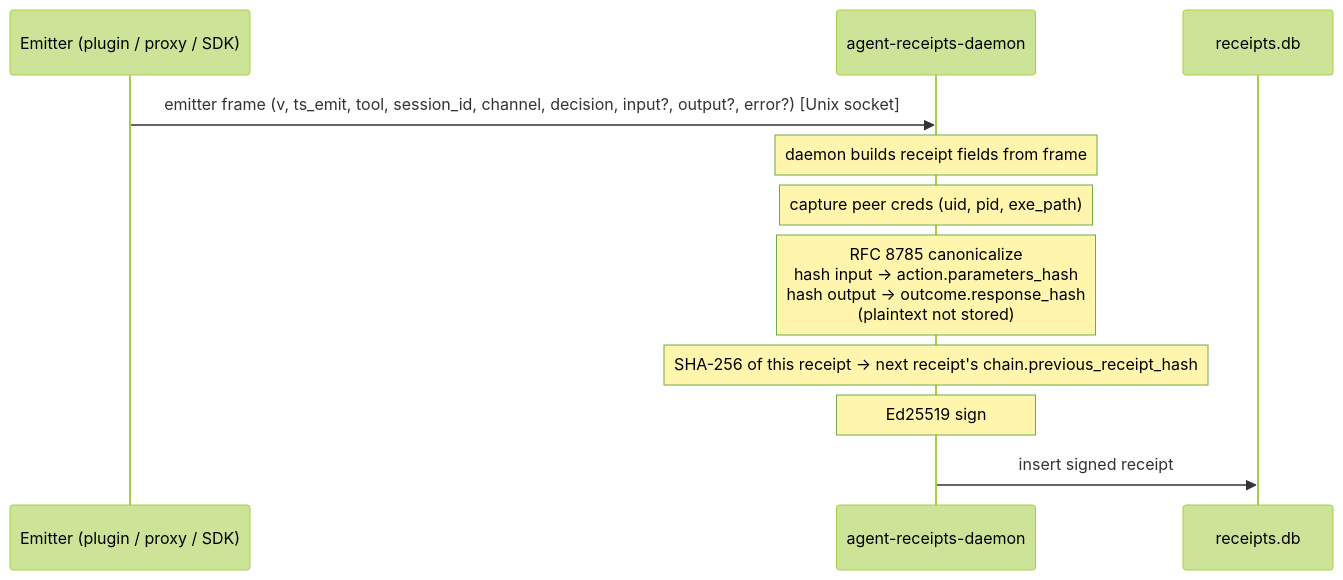
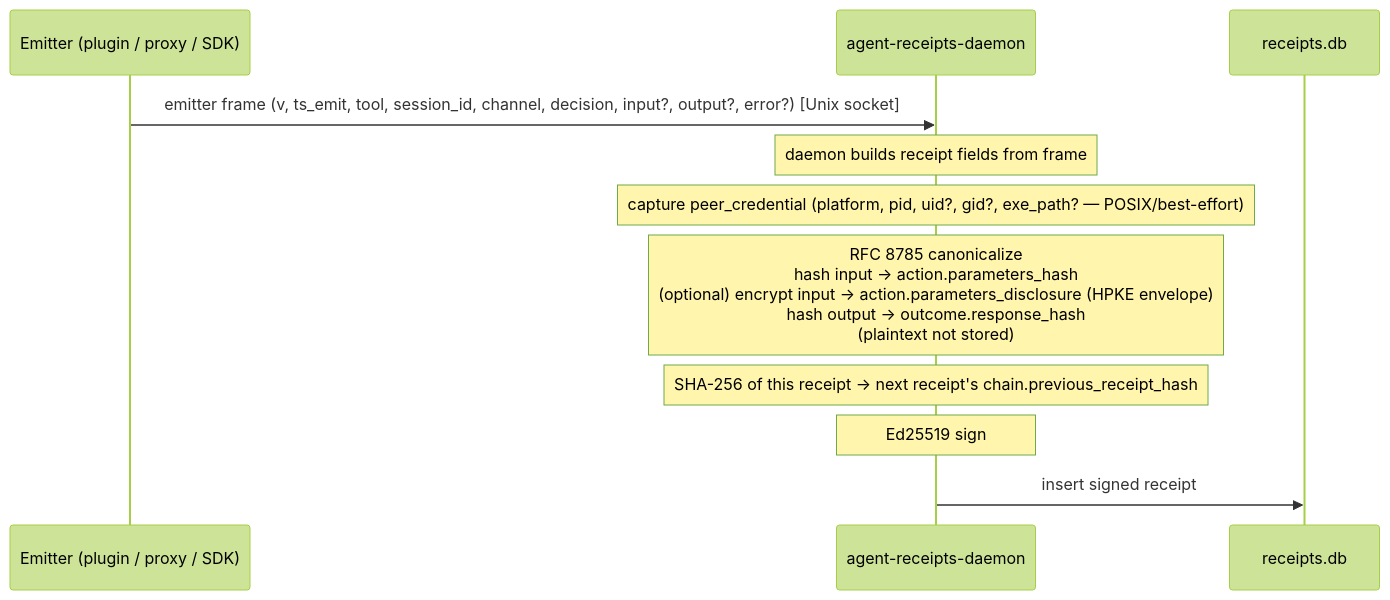
One commit to agent-receipts/ar changed the diagram in site/src/content/docs/specification/how-it-works.mdx. Above: the diagram before and after it, drawn with Mermaid (forest theme). The commit also changed 6 other files, not shown here.

````diff
--- a/site/src/content/docs/specification/how-it-works.mdx
+++ b/site/src/content/docs/specification/how-it-works.mdx
@@ -95,14 +95,14 @@
 ```mermaid
 sequenceDiagram
   participant E as Emitter (plugin / proxy / SDK)
   participant D as agent-receipts-daemon
   participant DB as receipts.db
 
   E->>D: emitter frame (v, ts_emit, tool, session_id, channel, decision, input?, output?, error?) [Unix socket]
   Note over D: daemon builds receipt fields from frame
-  Note over D: capture peer creds (uid, pid, exe_path)
-  Note over D: RFC 8785 canonicalize<br/>hash input → action.parameters_hash<br/>hash output → outcome.response_hash<br/>(plaintext not stored)
+  Note over D: capture peer_credential (platform, pid, uid?, gid?, exe_path? — POSIX/best-effort)
+  Note over D: RFC 8785 canonicalize<br/>hash input → action.parameters_hash<br/>(optional) encrypt input → action.parameters_disclosure (HPKE envelope)<br/>hash output → outcome.response_hash<br/>(plaintext not stored)
   Note over D: SHA-256 of this receipt → next receipt's chain.previous_receipt_hash
   Note over D: Ed25519 sign
   D->>DB: insert signed receipt
 ```
````
